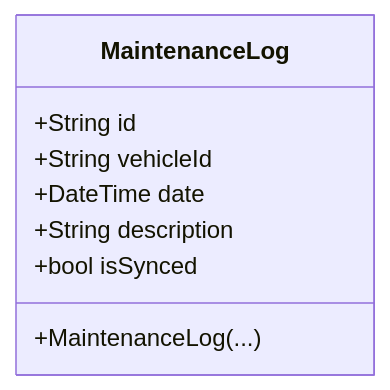
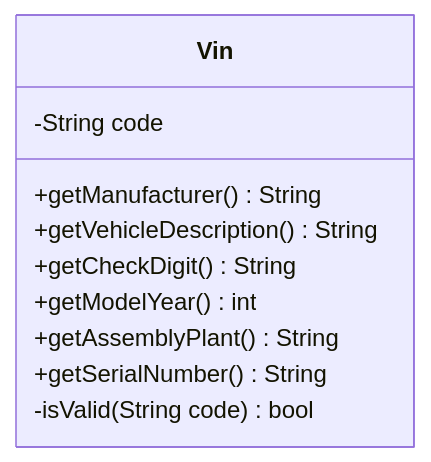
Before and after one commit to abrahdev/karter: the tenth of 13 diagrams in docs/versioned_docs/version-2026.06.5-alpha/developer/mobile/app-architecture.md, drawn with Mermaid. The commit also changed other lines of this file and 4 other files, not shown here.

````diff
--- a/docs/versioned_docs/version-2026.06.5-alpha/developer/mobile/app-architecture.md
+++ b/docs/versioned_docs/version-2026.06.5-alpha/developer/mobile/app-architecture.md
@@ -402,11 +290,13 @@
 ```mermaid
 classDiagram
-    class MaintenanceLog {
-        +String id
-        +String vehicleId
-        +DateTime date
-        +String description
-        +bool isSynced
-        +MaintenanceLog(...)
+    class Vin {
+        -String code
+        +getManufacturer() String
+        +getVehicleDescription() String
+        +getCheckDigit() String
+        +getModelYear() int
+        +getAssemblyPlant() String
+        +getSerialNumber() String
+        -isValid(String code) bool
     }
 ```
````
